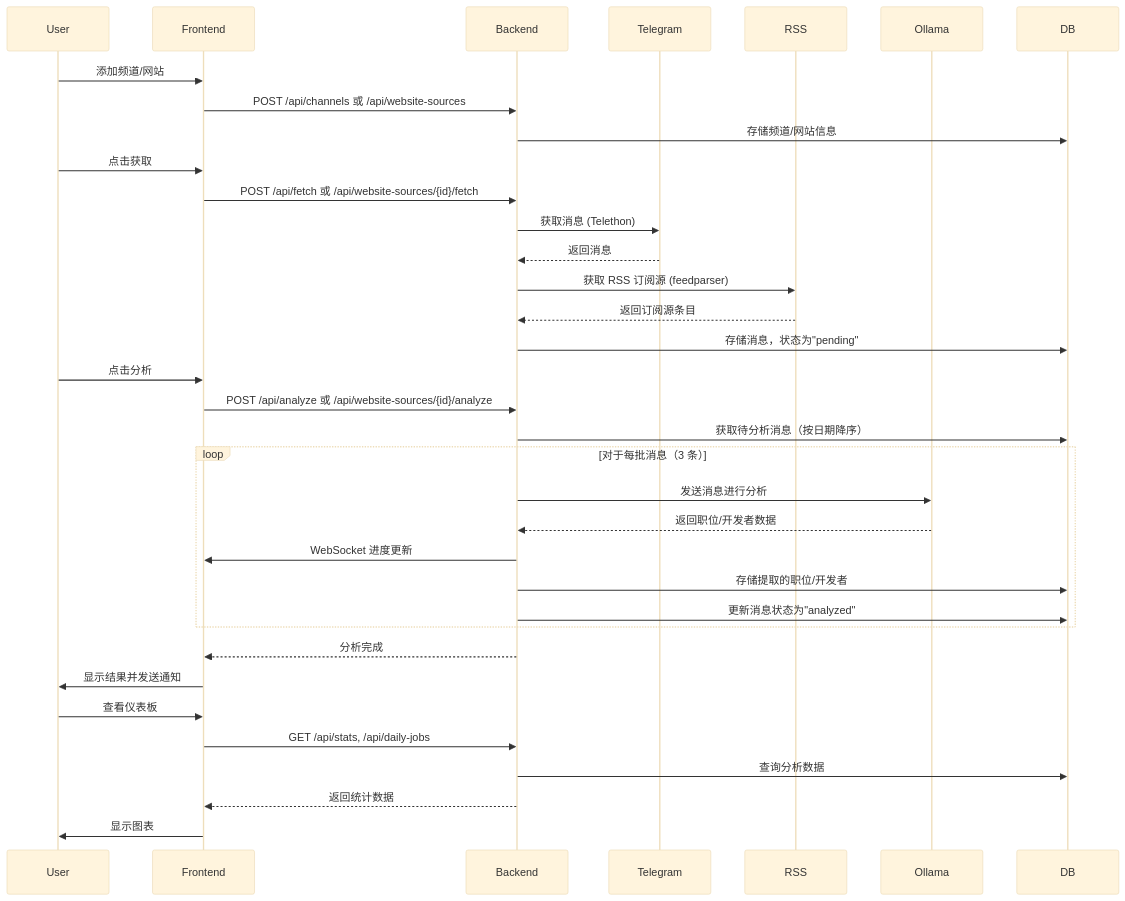
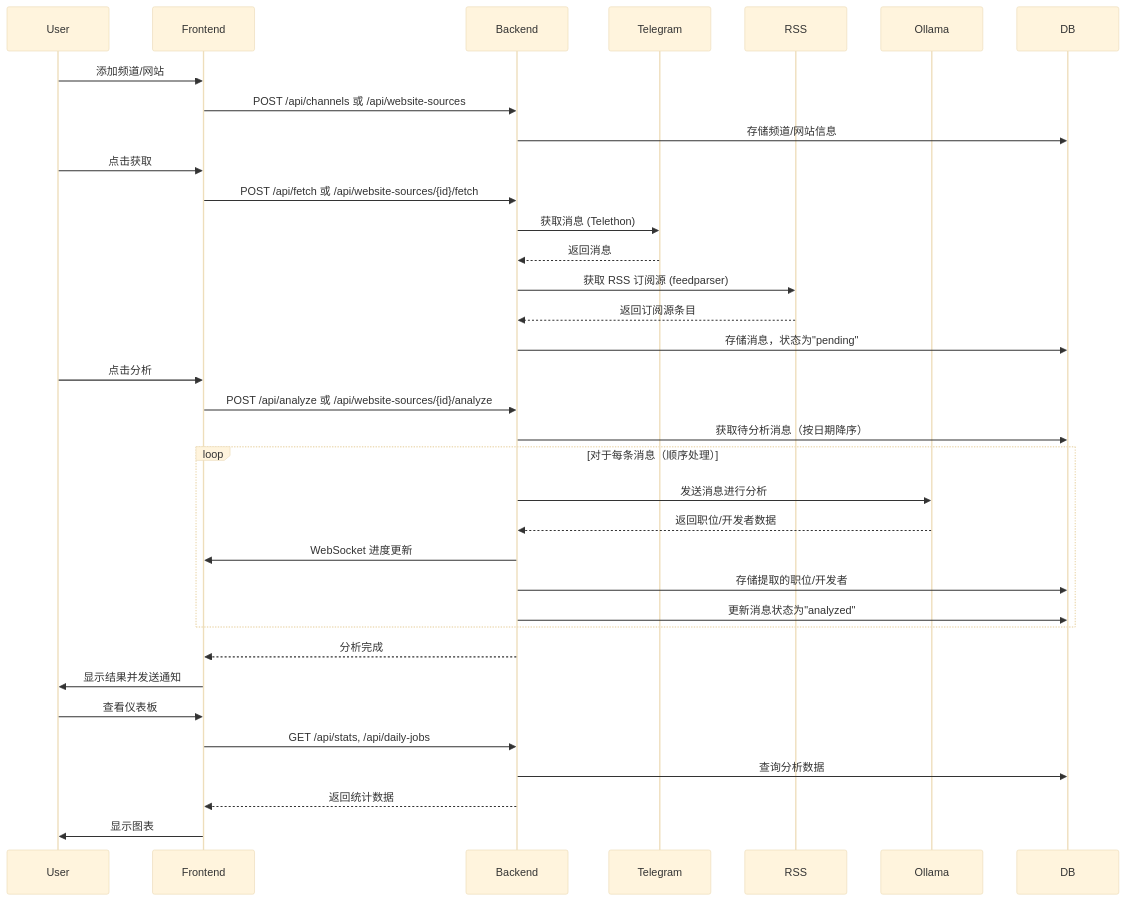
Before and after one commit to dariank38/agentic-job-scraper: the second of 3 diagrams in README.zh-CN.md, drawn with Mermaid (base theme). The commit also changed other lines of this file and 2 other files, not shown here.

````diff
--- a/README.zh-CN.md
+++ b/README.zh-CN.md
@@ -99,41 +99,41 @@
 ```mermaid
 sequenceDiagram
     participant User
     participant Frontend
     participant Backend
     participant Telegram
     participant RSS
     participant Ollama
     participant DB
 
     User->>Frontend: 添加频道/网站
     Frontend->>Backend: POST /api/channels 或 /api/website-sources
     Backend->>DB: 存储频道/网站信息
 
     User->>Frontend: 点击获取
     Frontend->>Backend: POST /api/fetch 或 /api/website-sources/{id}/fetch
     Backend->>Telegram: 获取消息 (Telethon)
     Telegram-->>Backend: 返回消息
     Backend->>RSS: 获取 RSS 订阅源 (feedparser)
     RSS-->>Backend: 返回订阅源条目
     Backend->>DB: 存储消息，状态为"pending"
 
     User->>Frontend: 点击分析
     Frontend->>Backend: POST /api/analyze 或 /api/website-sources/{id}/analyze
     Backend->>DB: 获取待分析消息（按日期降序）
-    loop 对于每批消息（3 条）
+    loop 对于每条消息（顺序处理）
         Backend->>Ollama: 发送消息进行分析
         Ollama-->>Backend: 返回职位/开发者数据
         Backend->>Frontend: WebSocket 进度更新
         Backend->>DB: 存储提取的职位/开发者
         Backend->>DB: 更新消息状态为"analyzed"
     end
     Backend-->>Frontend: 分析完成
     Frontend->>User: 显示结果并发送通知
 
     User->>Frontend: 查看仪表板
     Frontend->>Backend: GET /api/stats, /api/daily-jobs
     Backend->>DB: 查询分析数据
     Backend-->>Frontend: 返回统计数据
     Frontend->>User: 显示图表
 ```
````
